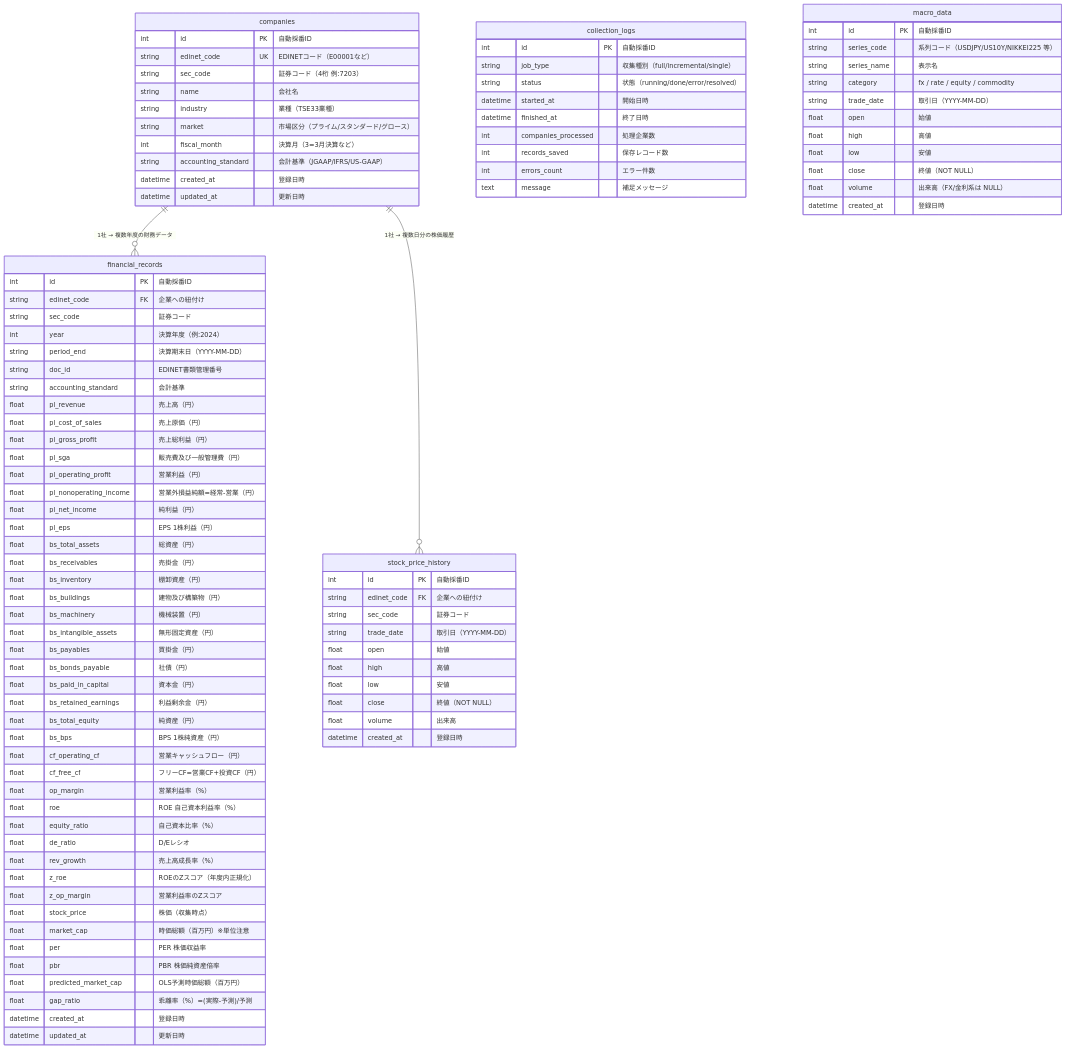
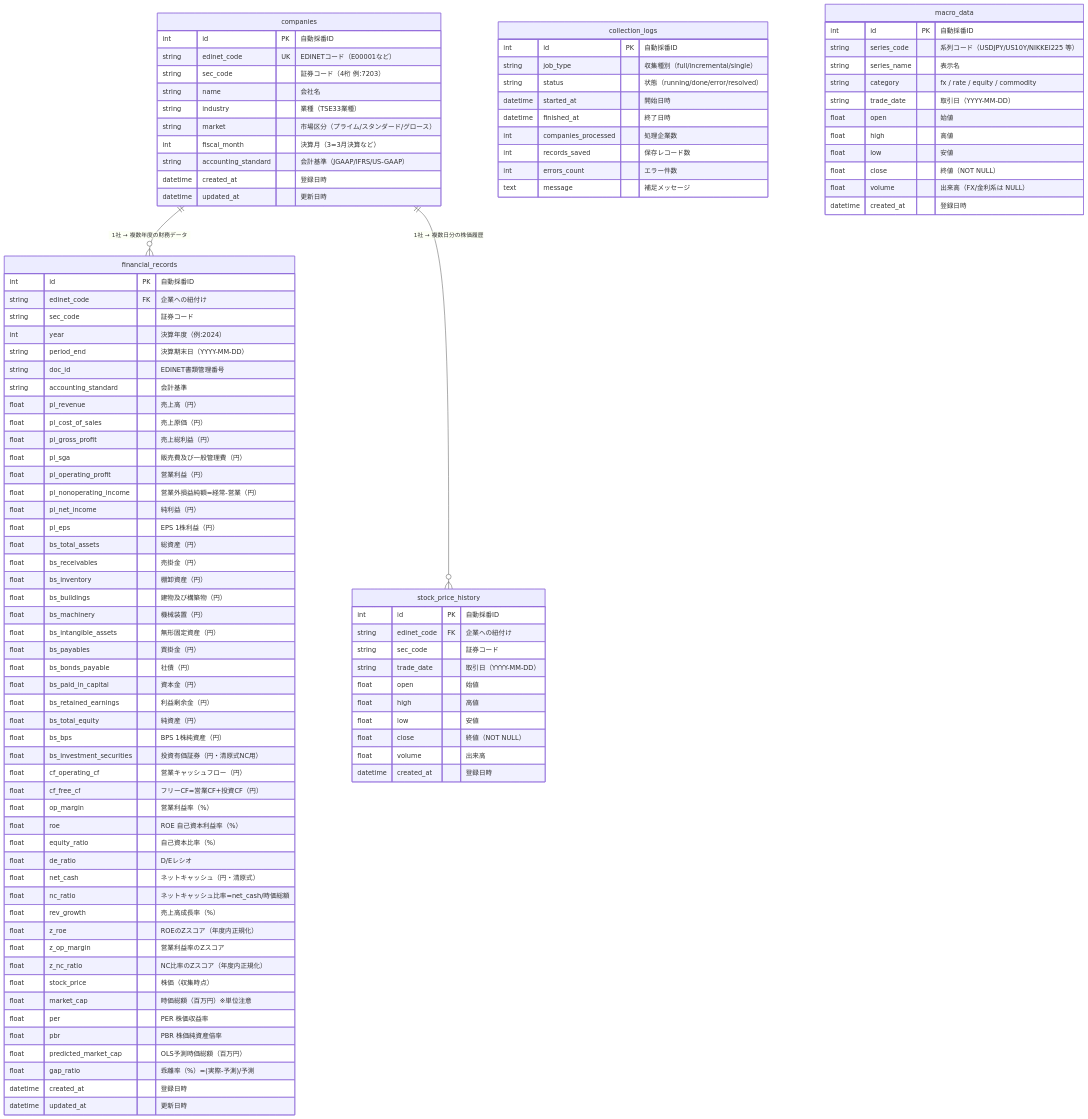
Before and after one commit to kome-kome/financial_app: the third of 15 diagrams in docs/ARCHITECTURE.md, drawn with Mermaid. The commit also changed other lines of this file and 7 other files, not shown here.

```diff
--- a/docs/ARCHITECTURE.md
+++ b/docs/ARCHITECTURE.md
@@ -191,15 +191,19 @@
         float   bs_retained_earnings   "利益剰余金（円）"
         float   bs_total_equity        "純資産（円）"
         float   bs_bps                 "BPS 1株純資産（円）"
+        float   bs_investment_securities "投資有価証券（円・清原式NC用）"
         float   cf_operating_cf        "営業キャッシュフロー（円）"
         float   cf_free_cf             "フリーCF=営業CF+投資CF（円）"
         float   op_margin              "営業利益率（%）"
         float   roe                    "ROE 自己資本利益率（%）"
         float   equity_ratio           "自己資本比率（%）"
         float   de_ratio               "D/Eレシオ"
+        float   net_cash               "ネットキャッシュ（円・清原式）"
+        float   nc_ratio               "ネットキャッシュ比率=net_cash/時価総額"
         float   rev_growth             "売上高成長率（%）"
         float   z_roe                  "ROEのZスコア（年度内正規化）"
         float   z_op_margin            "営業利益率のZスコア"
+        float   z_nc_ratio             "NC比率のZスコア（年度内正規化）"
         float   stock_price            "株価（収集時点）"
         float   market_cap             "時価総額（百万円）※単位注意"
         float   per                    "PER 株価収益率"
```
